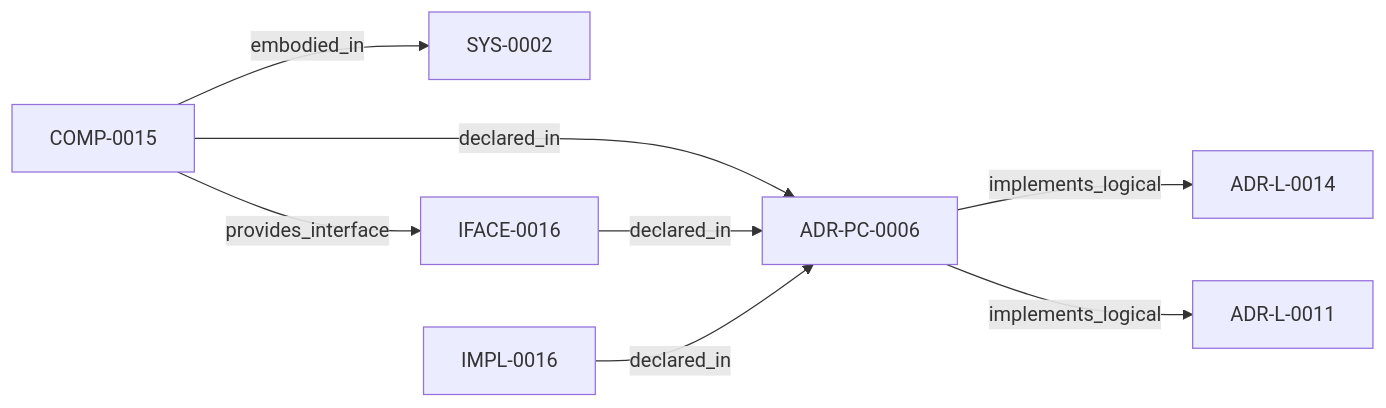
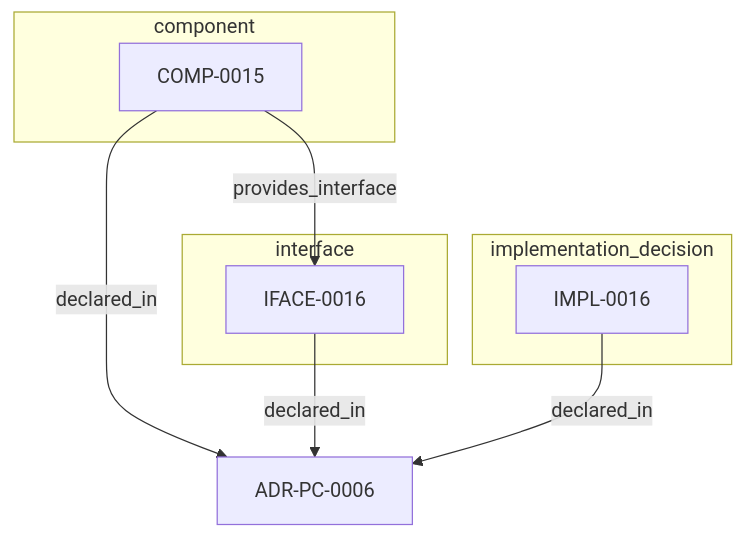
The second of 2 diagrams in adrs/adr-projection/physical-component/ADR-PC-0006-brownfield-onboarding-and-canonical-normalization.md (egallmann/adr-architecture-kit), drawn with Mermaid before and after one commit. The commit also changed other lines of this file and 177 other files, not shown here.

````diff
--- a/adrs/adr-projection/physical-component/ADR-PC-0006-brownfield-onboarding-and-canonical-normalization.md
+++ b/adrs/adr-projection/physical-component/ADR-PC-0006-brownfield-onboarding-and-canonical-normalization.md
@@ -52,17 +79,17 @@
 ```mermaid
-flowchart LR
-  n_019fee89_e616_7628_913b_a059c1057c36["ADR-L-0014"]
-  n_019fee89_e616_7b97_971d_ae165d13bf9c["ADR-L-0011"]
-  n_019fee89_e618_713e_a017_5b417ef9ac9f["SYS-0002"]
-  n_019fee89_e618_7507_953e_19e6335e3b7a["COMP-0015"]
+flowchart TB
   n_019fee89_e618_7787_b43f_a3e5cb264dd5["ADR-PC-0006"]
-  n_019fee89_e618_7ad6_903b_955fab187e68["IFACE-0016"]
-  n_019fee89_e618_7b21_ab3d_aaccdca13bfb["IMPL-0016"]
+  subgraph sg_component["component"]
+    n_019fee89_e618_7507_953e_19e6335e3b7a["COMP-0015"]
+  end
+  subgraph sg_interface["interface"]
+    n_019fee89_e618_7ad6_903b_955fab187e68["IFACE-0016"]
+  end
+  subgraph sg_implementation_decision["implementation_decision"]
+    n_019fee89_e618_7b21_ab3d_aaccdca13bfb["IMPL-0016"]
+  end
   n_019fee89_e618_7507_953e_19e6335e3b7a -->|"declared_in"| n_019fee89_e618_7787_b43f_a3e5cb264dd5
   n_019fee89_e618_7ad6_903b_955fab187e68 -->|"declared_in"| n_019fee89_e618_7787_b43f_a3e5cb264dd5
   n_019fee89_e618_7b21_ab3d_aaccdca13bfb -->|"declared_in"| n_019fee89_e618_7787_b43f_a3e5cb264dd5
-  n_019fee89_e618_7507_953e_19e6335e3b7a -->|"embodied_in"| n_019fee89_e618_713e_a017_5b417ef9ac9f
-  n_019fee89_e618_7787_b43f_a3e5cb264dd5 -->|"implements_logical"| n_019fee89_e616_7628_913b_a059c1057c36
-  n_019fee89_e618_7787_b43f_a3e5cb264dd5 -->|"implements_logical"| n_019fee89_e616_7b97_971d_ae165d13bf9c
   n_019fee89_e618_7507_953e_19e6335e3b7a -->|"provides_interface"| n_019fee89_e618_7ad6_903b_955fab187e68
 ```
````
